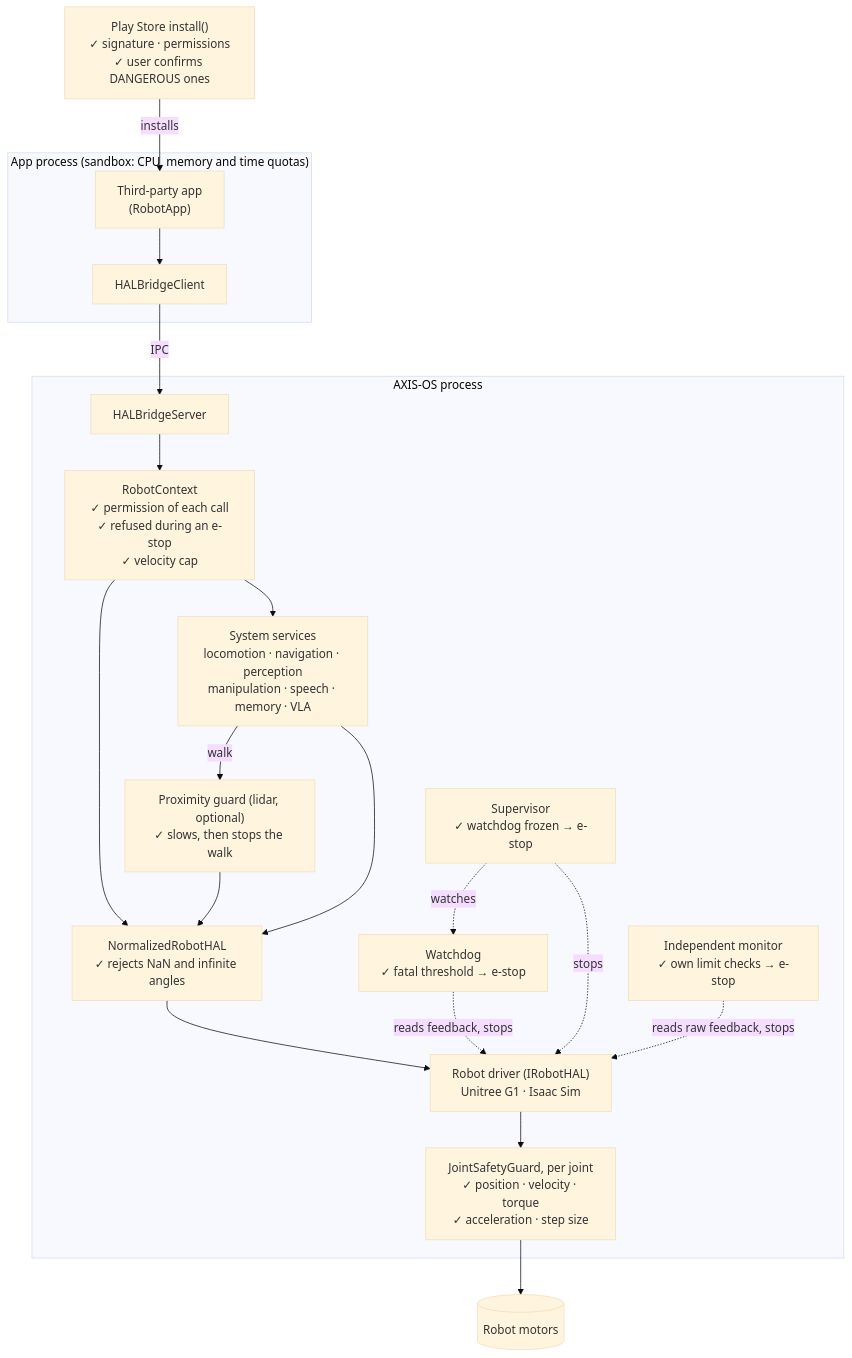
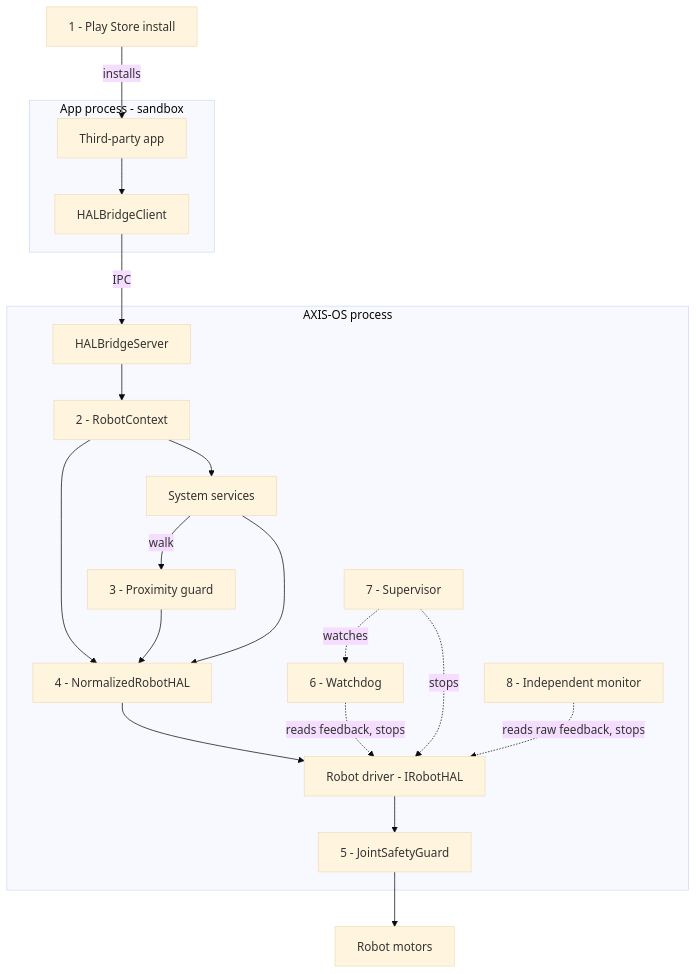
Before and after one commit to OS-AXIS/AXIS-OS: the diagram in README.md, drawn with Mermaid (base theme). The commit also changed other lines of this file and 1 other file, not shown here.

Commit message:
Simplifie le schéma Mermaid du README pour que GitHub l'affiche
GitHub n'affichait pas le schéma des couches (« Unable to render rich
display »), alors que mermaid-cli le rendait sans erreur : le moteur de
GitHub refuse une partie de la syntaxe utilisée (étiquettes sur
plusieurs lignes, symboles, forme de cylindre).

Le schéma garde les mêmes 14 boîtes et les mêmes liens, mais n'emploie
plus que la syntaxe la plus simple : étiquettes d'une ligne sans
parenthèses ni symboles, une flèche par ligne. Les contrôles de sécurité
sont numérotés dans le schéma et détaillés dans un tableau en dessous,
en anglais et en français. La ligne du Play Store précise que la
signature n'est vérifiée que si l'app en déclare une, ou toujours avec
require_signed_apps=True.

Rendu sans erreur avec mermaid-cli 9.4.0, 10.6.1 et 11.4.2.

Claude-Session: https://claude.ai/code/session_01Kd65oQX59GQ8FeKBTHrWbn

````diff
--- a/README.md
+++ b/README.md
@@ -50,33 +50,37 @@
 ```mermaid
 flowchart TB
-    PS["Play Store install()<br/>✓ signature · permissions<br/>✓ user confirms DANGEROUS ones"]
-    subgraph APP["App process (sandbox: CPU, memory and time quotas)"]
-        A["Third-party app<br/>(RobotApp)"]
+    PS["1 - Play Store install"]
+    subgraph APP["App process - sandbox"]
+        A["Third-party app"]
         C["HALBridgeClient"]
     end
     subgraph OS["AXIS-OS process"]
         S["HALBridgeServer"]
-        CTX["RobotContext<br/>✓ permission of each call<br/>✓ refused during an e-stop<br/>✓ velocity cap"]
-        SV["System services<br/>locomotion · navigation · perception<br/>manipulation · speech · memory · VLA"]
-        G["Proximity guard (lidar, optional)<br/>✓ slows, then stops the walk"]
-        N["NormalizedRobotHAL<br/>✓ rejects NaN and infinite angles"]
-        D["Robot driver (IRobotHAL)<br/>Unitree G1 · Isaac Sim"]
-        J["JointSafetyGuard, per joint<br/>✓ position · velocity · torque<br/>✓ acceleration · step size"]
-        W["Watchdog<br/>✓ fatal threshold → e-stop"]
-        SU["Supervisor<br/>✓ watchdog frozen → e-stop"]
-        IM["Independent monitor<br/>✓ own limit checks → e-stop"]
+        CTX["2 - RobotContext"]
+        SV["System services"]
+        G["3 - Proximity guard"]
+        N["4 - NormalizedRobotHAL"]
+        D["Robot driver - IRobotHAL"]
+        J["5 - JointSafetyGuard"]
+        W["6 - Watchdog"]
+        SU["7 - Supervisor"]
+        IM["8 - Independent monitor"]
     end
-    R[("Robot motors")]
-
+    R["Robot motors"]
     PS -->|installs| A
-    A --> C -->|IPC| S --> CTX
+    A --> C
+    C -->|IPC| S
+    S --> CTX
     CTX --> SV
     CTX --> N
-    SV -->|walk| G --> N
+    SV -->|walk| G
+    G --> N
     SV --> N
-    N --> D --> J --> R
-    W -. reads feedback, stops .-> D
-    SU -. watches .-> W
-    SU -. stops .-> D
-    IM -. reads raw feedback, stops .-> D
+    N --> D
+    D --> J
+    J --> R
+    W -.->|reads feedback, stops| D
+    SU -.->|watches| W
+    SU -.->|stops| D
+    IM -.->|reads raw feedback, stops| D
 ```
````
